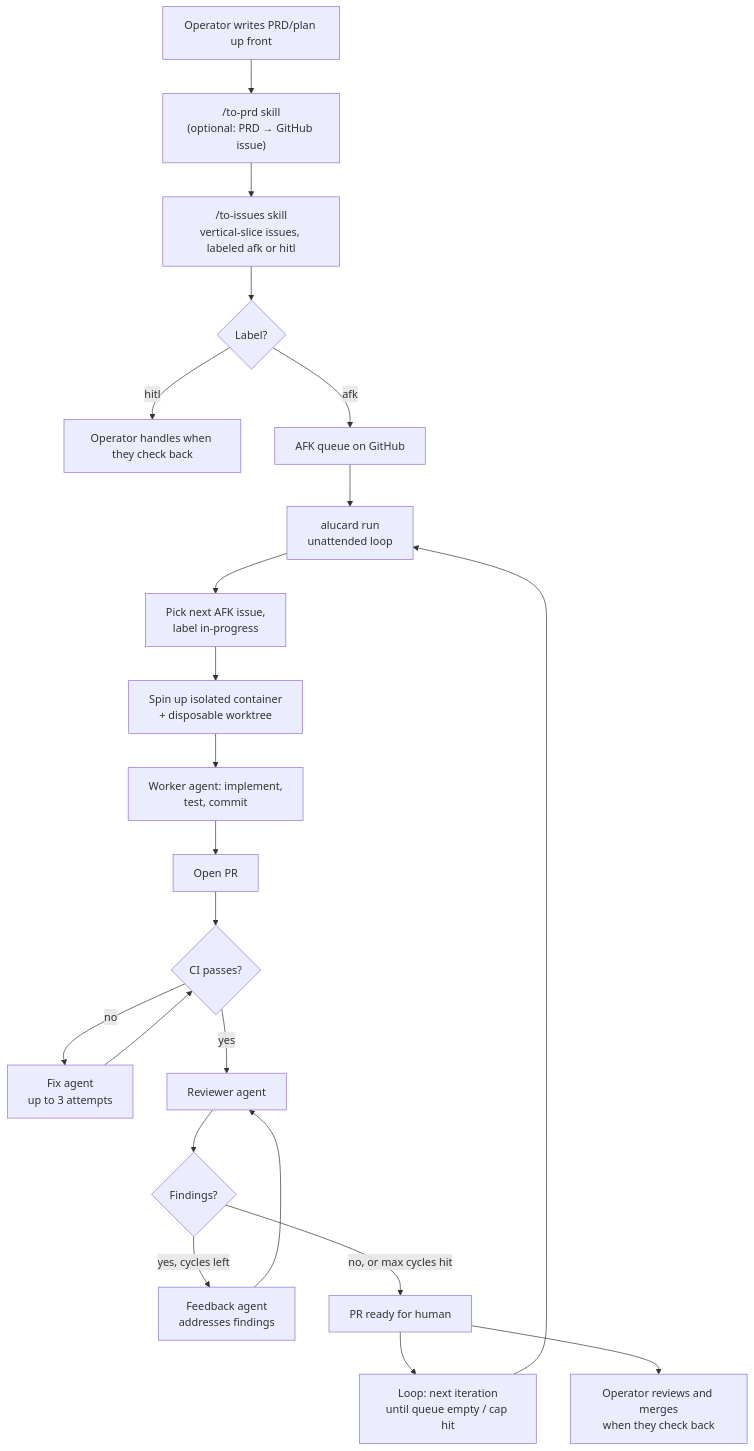
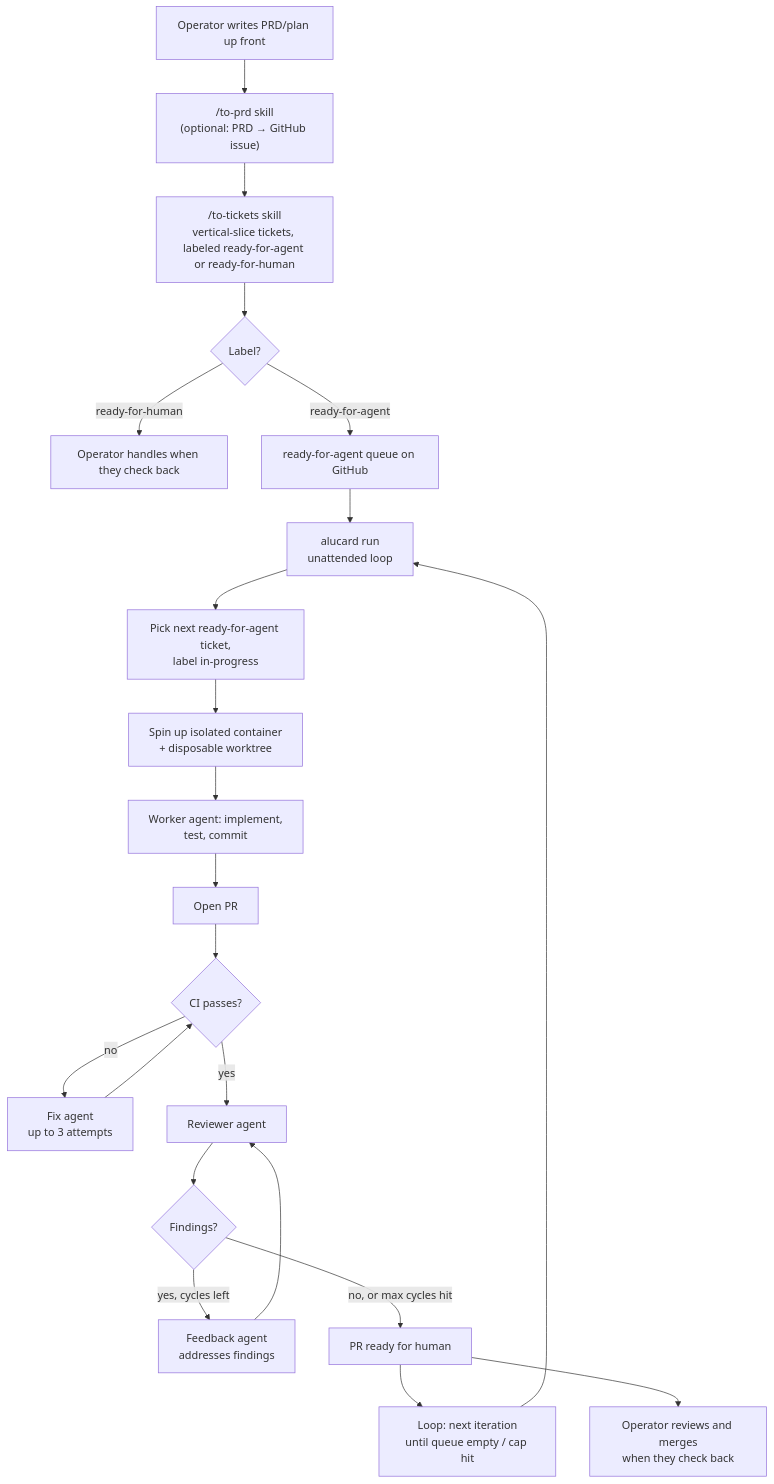
Before and after one commit to aldovc/alucard: the diagram in README.md, drawn with Mermaid. The commit also changed other lines of this file and 8 other files, not shown here.

First line of the commit message:
feat: tickets skill, blocker parse, Refs dedup (#53, #52, #4)

````diff
--- a/README.md
+++ b/README.md
@@ -24,27 +24,27 @@
 ```mermaid
 flowchart TD
     A[Operator writes PRD/plan up front] --> B["/to-prd skill<br/>(optional: PRD → GitHub issue)"]
-    B --> C["/to-issues skill<br/>vertical-slice issues, labeled afk or hitl"]
+    B --> C["/to-tickets skill<br/>vertical-slice tickets, labeled ready-for-agent or ready-for-human"]
     C --> D{Label?}
-    D -->|hitl| E[Operator handles when they check back]
-    D -->|afk| F[AFK queue on GitHub]
+    D -->|ready-for-human| E[Operator handles when they check back]
+    D -->|ready-for-agent| F[ready-for-agent queue on GitHub]
 
     F --> G[alucard run<br/>unattended loop]
-    G --> H[Pick next AFK issue,<br/>label in-progress]
+    G --> H[Pick next ready-for-agent ticket,<br/>label in-progress]
     H --> I[Spin up isolated container<br/>+ disposable worktree]
     I --> J[Worker agent: implement,<br/>test, commit]
     J --> K[Open PR]
 
     K --> L{CI passes?}
     L -->|no| M[Fix agent<br/>up to 3 attempts]
     M --> L
     L -->|yes| N[Reviewer agent]
     N --> O{Findings?}
     O -->|yes, cycles left| P[Feedback agent<br/>addresses findings]
     P --> N
     O -->|no, or max cycles hit| Q[PR ready for human]
 
     Q --> R[Loop: next iteration<br/>until queue empty / cap hit]
     R --> G
     Q --> S[Operator reviews and merges<br/>when they check back]
 ```
````
